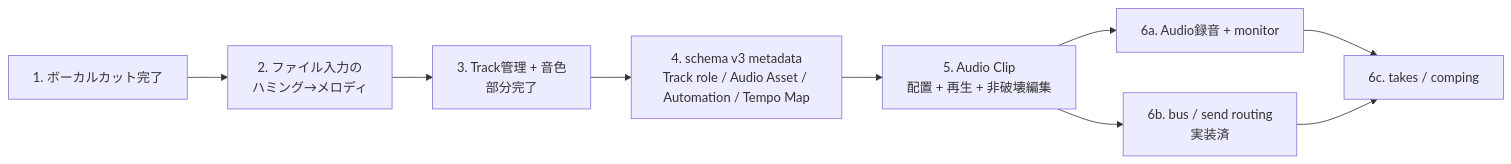
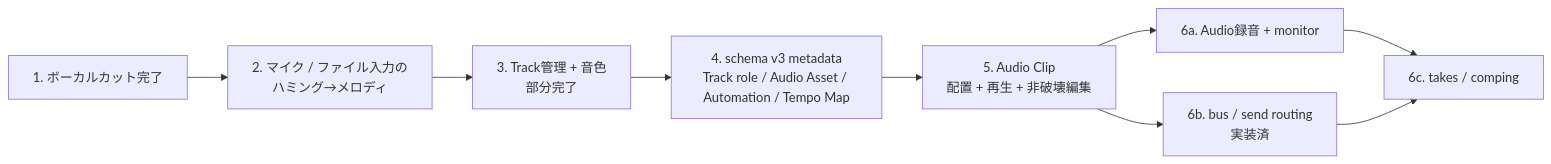
One commit to machaniconico/compose-tutor-studio changed the diagram in docs/13_pro_daw_gap_matrix.md. Above: the diagram before and after it, drawn with Mermaid. The commit also changed other lines of this file and 26 other files, not shown here.

````diff
--- a/docs/13_pro_daw_gap_matrix.md
+++ b/docs/13_pro_daw_gap_matrix.md
@@ -83,11 +83,11 @@
 ```mermaid
 flowchart LR
-  B1[1. ボーカルカット完了] --> B2[2. ファイル入力の<br/>ハミング→メロディ]
+  B1[1. ボーカルカット完了] --> B2[2. マイク / ファイル入力の<br/>ハミング→メロディ]
   B2 --> B3[3. Track管理 + 音色<br/>部分完了]
   B3 --> B4[4. schema v3 metadata<br/>Track role / Audio Asset / Automation / Tempo Map]
   B4 --> B5[5. Audio Clip<br/>配置 + 再生 + 非破壊編集]
   B5 --> B6A[6a. Audio録音 + monitor]
   B5 --> B6B[6b. bus / send routing<br/>実装済]
   B6A --> B6C[6c. takes / comping]
   B6B --> B6C
 ```
````
